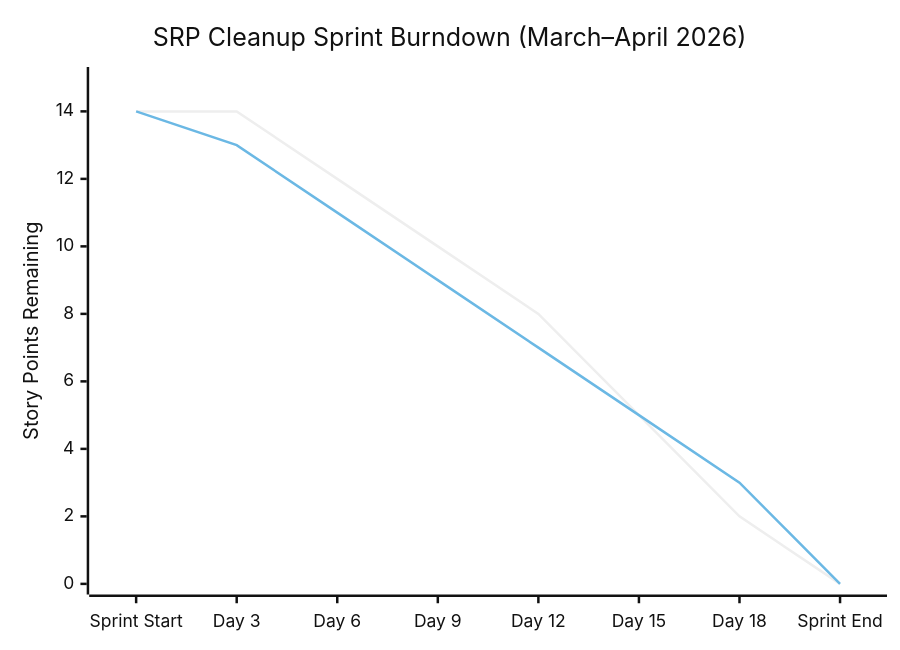
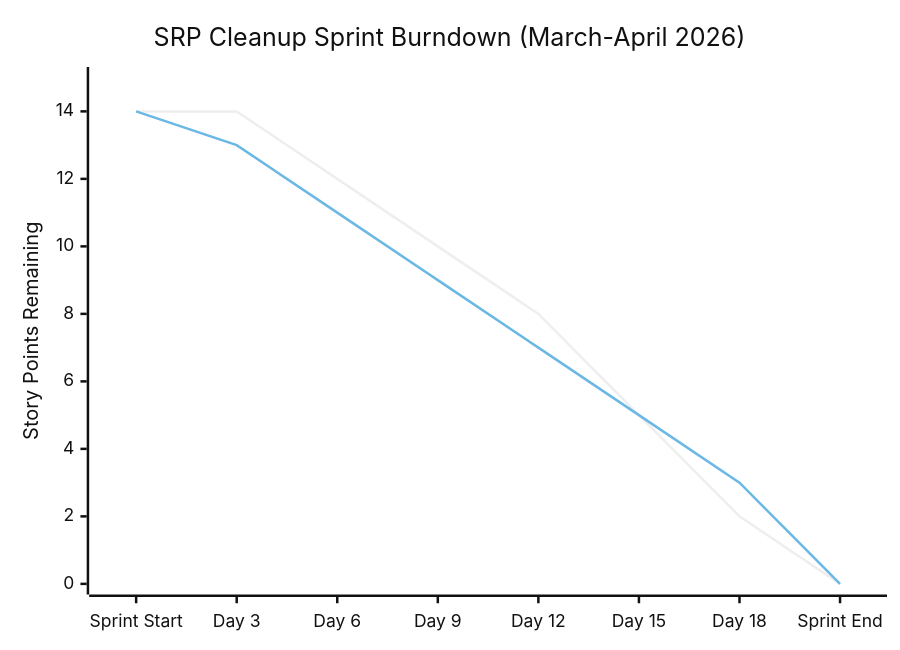
One commit to aadibhat09/NodCursor changed the third of 16 diagrams in docs/KANBAN_BOARD.md. Above: the diagram before and after it, drawn with Mermaid (neutral theme). The commit also changed other lines of this file and 12 other files, not shown here.

````diff
--- a/docs/KANBAN_BOARD.md
+++ b/docs/KANBAN_BOARD.md
@@ -106,8 +106,8 @@
 ```mermaid
 xychart-beta
-  title "SRP Cleanup Sprint Burndown (March–April 2026)"
+  title "SRP Cleanup Sprint Burndown (March-April 2026)"
   x-axis ["Sprint Start", "Day 3", "Day 6", "Day 9", "Day 12", "Day 15", "Day 18", "Sprint End"]
   y-axis "Story Points Remaining" 0 --> 15
   line [14, 14, 12, 10, 8, 5, 2, 0]
   line [14, 13, 11, 9, 7, 5, 3, 0]
 ```
````
